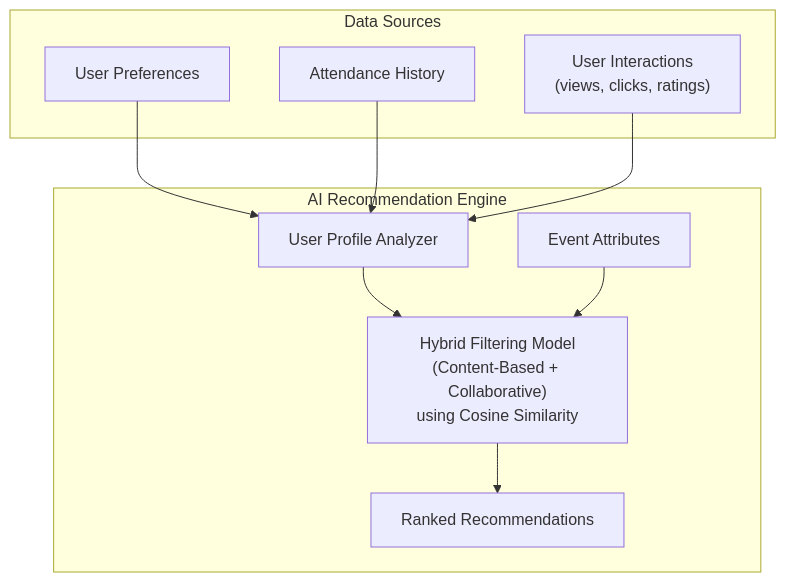
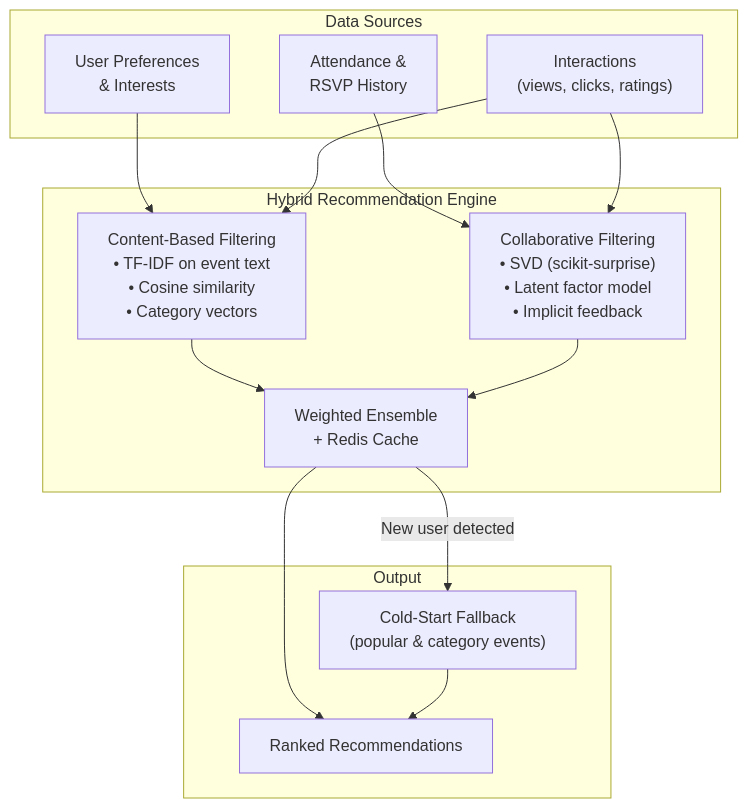
The second of 2 diagrams in README.md (Mistire/AASTU-Campus-Event-Management-System), drawn with Mermaid before and after one commit. The commit also changed other lines of this file and 32 other files, not shown here.

````diff
--- a/README.md
+++ b/README.md
@@ -279,23 +353,29 @@
 ```mermaid
 graph TD
-    subgraph AI_Engine["AI Recommendation Engine"]
-        UPA["User Profile Analyzer"]
-        EA["Event Attributes"]
-        HF["Hybrid Filtering Model\n(Content-Based + Collaborative)\nusing Cosine Similarity"]
-        RR["Ranked Recommendations"]
+    subgraph DataSources["Data Sources"]
+        Prefs["User Preferences\n& Interests"]
+        History["Attendance &\nRSVP History"]
+        Interactions["Interactions\n(views, clicks, ratings)"]
     end
 
-    UPA --> HF
-    EA --> HF
-    HF --> RR
-
-    subgraph Data_Sources["Data Sources"]
-        Prefs["User Preferences"]
-        History["Attendance History"]
-        Interactions["User Interactions\n(views, clicks, ratings)"]
+    subgraph Engine["Hybrid Recommendation Engine"]
+        CBF["Content-Based Filtering\n• TF-IDF on event text\n• Cosine similarity\n• Category vectors"]
+        SVD["Collaborative Filtering\n• SVD (scikit-surprise)\n• Latent factor model\n• Implicit feedback"]
+        Ensemble["Weighted Ensemble\n+ Redis Cache"]
     end
 
-    Prefs --> UPA
-    History --> UPA
-    Interactions --> UPA
+    subgraph Output["Output"]
+        Cold["Cold-Start Fallback\n(popular & category events)"]
+        Results["Ranked Recommendations"]
+    end
+
+    Prefs --> CBF
+    History --> SVD
+    Interactions --> SVD
+    Interactions --> CBF
+    CBF --> Ensemble
+    SVD --> Ensemble
+    Ensemble --> Results
+    Ensemble -- "New user detected" --> Cold
+    Cold --> Results
 ```
````
